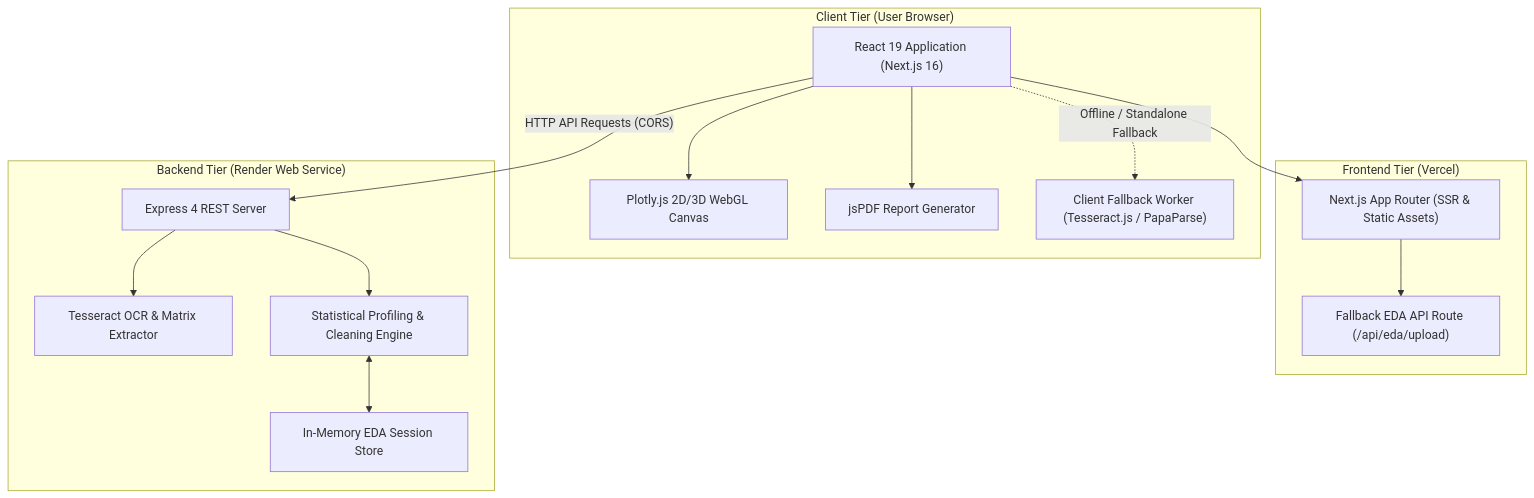
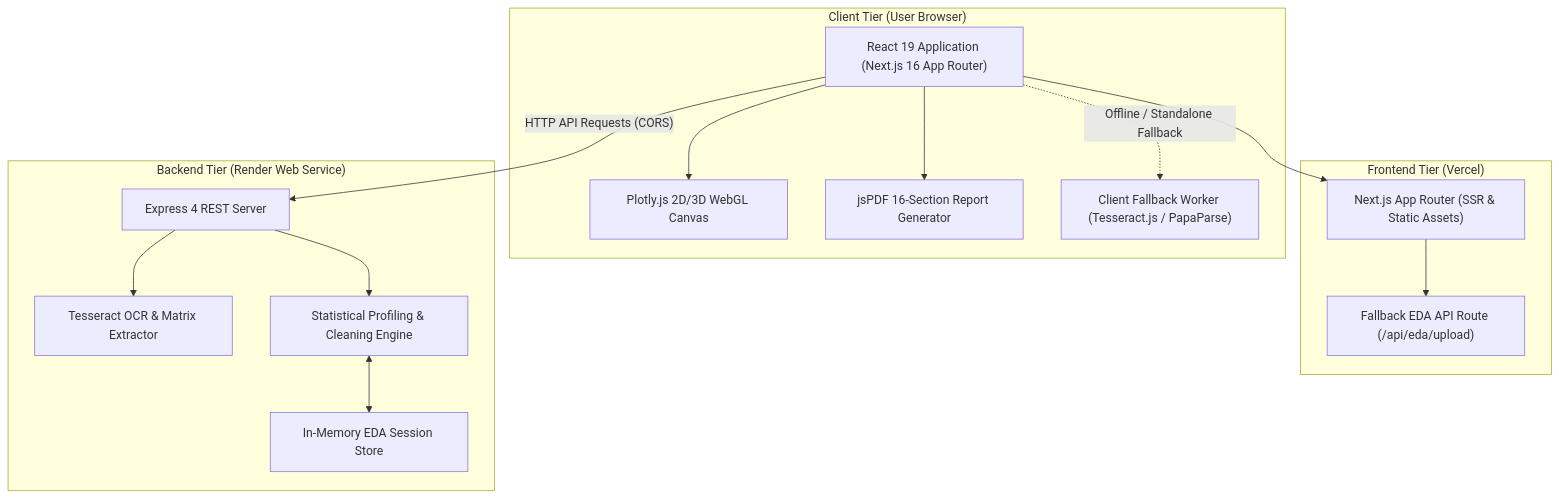
The first of 2 diagrams in README.md (ayushshaury/MathOML-Lab), drawn with Mermaid before and after one commit. The commit also changed other lines of this file and 1 other file, not shown here.

````diff
--- a/README.md
+++ b/README.md
@@ -38,31 +39,31 @@
 ```mermaid
 flowchart TD
     subgraph Client["Client Tier (User Browser)"]
-        UI["React 19 Application (Next.js 16)"]
+        UI["React 19 Application (Next.js 16 App Router)"]
         Plotly["Plotly.js 2D/3D WebGL Canvas"]
-        PDF["jsPDF Report Generator"]
+        PDF["jsPDF 16-Section Report Generator"]
         Worker["Client Fallback Worker (Tesseract.js / PapaParse)"]
     end
 
     subgraph Frontend["Frontend Tier (Vercel)"]
         AppRouter["Next.js App Router (SSR & Static Assets)"]
         APIProxy["Fallback EDA API Route (/api/eda/upload)"]
     end
 
     subgraph Backend["Backend Tier (Render Web Service)"]
         Express["Express 4 REST Server"]
         OCR["Tesseract OCR & Matrix Extractor"]
         EDA["Statistical Profiling & Cleaning Engine"]
         SessionStore["In-Memory EDA Session Store"]
     end
 
     UI --> AppRouter
     UI --> Plotly
     UI --> PDF
     UI -.->|"Offline / Standalone Fallback"| Worker
     UI -->|"HTTP API Requests (CORS)"| Express
     Express --> OCR
     Express --> EDA
     EDA <--> SessionStore
     AppRouter --> APIProxy
 ```
````
